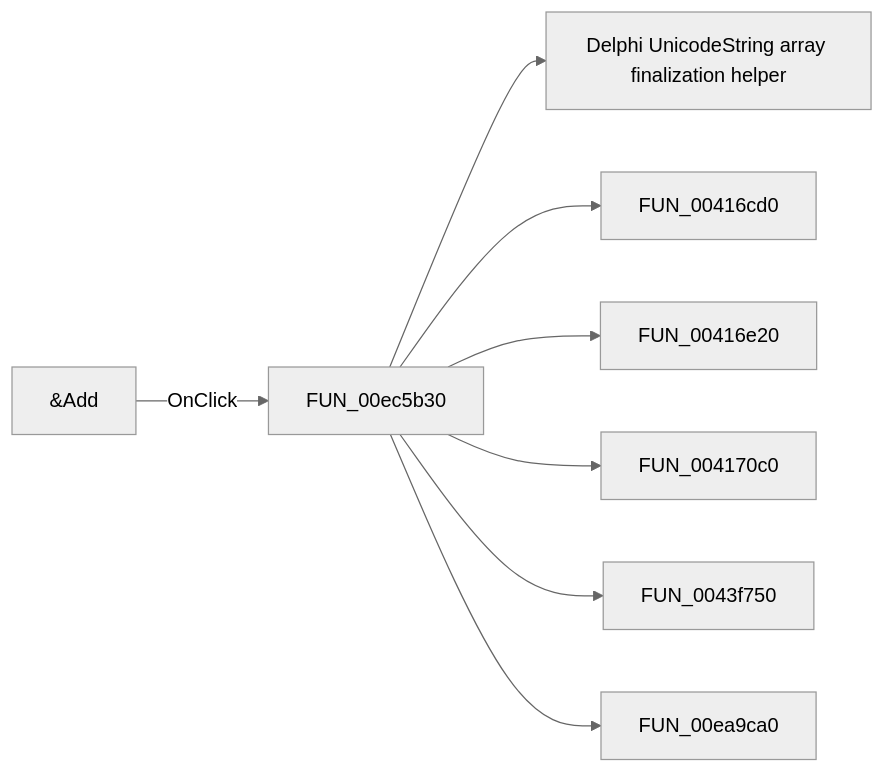
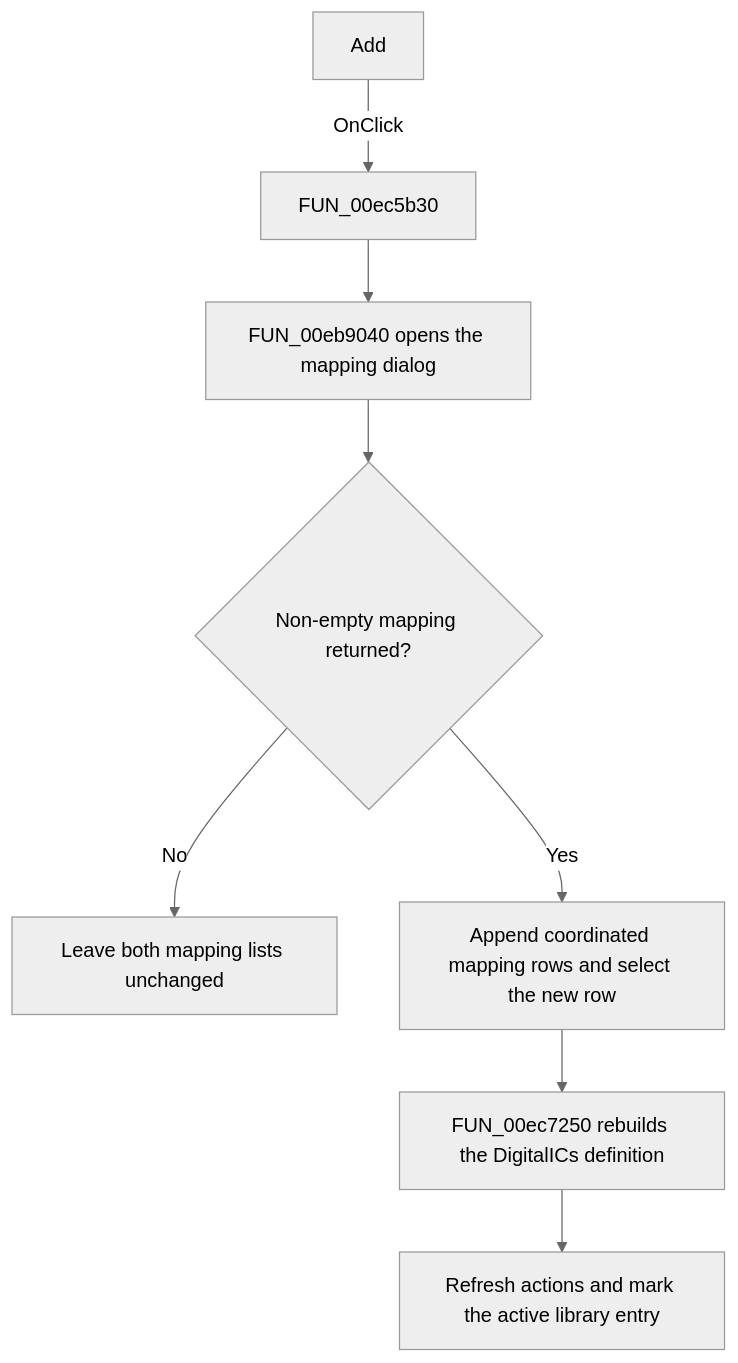
One commit to MovGP0/TIARA changed the diagram in docs/ui-controls/pcbform4/btnadd-2e62ac4899.md. Above: the diagram before and after it, drawn with Mermaid (neutral theme). The commit also changed other lines of this file and 1062 other files, not shown here.

````diff
--- a/docs/ui-controls/pcbform4/btnadd-2e62ac4899.md
+++ b/docs/ui-controls/pcbform4/btnadd-2e62ac4899.md
@@ -27,10 +31,10 @@
 ```mermaid
-flowchart LR
-    control["&Add"] -->|OnClick| handler["FUN_00ec5b30"]
-    handler --> call1["Delphi UnicodeString array finalization helper"]
-    handler --> call2["FUN_00416cd0"]
-    handler --> call3["FUN_00416e20"]
-    handler --> call4["FUN_004170c0"]
-    handler --> call5["FUN_0043f750"]
-    handler --> call6["FUN_00ea9ca0"]
+flowchart TD
+    control["Add"] -->|OnClick| handler["FUN_00ec5b30"]
+    handler --> dialog["FUN_00eb9040 opens the mapping dialog"]
+    dialog --> accepted{"Non-empty mapping returned?"}
+    accepted -->|No| noChange["Leave both mapping lists unchanged"]
+    accepted -->|Yes| append["Append coordinated mapping rows and select the new row"]
+    append --> rebuild["FUN_00ec7250 rebuilds the DigitalICs definition"]
+    rebuild --> refresh["Refresh actions and mark the active library entry"]
 ```
````
